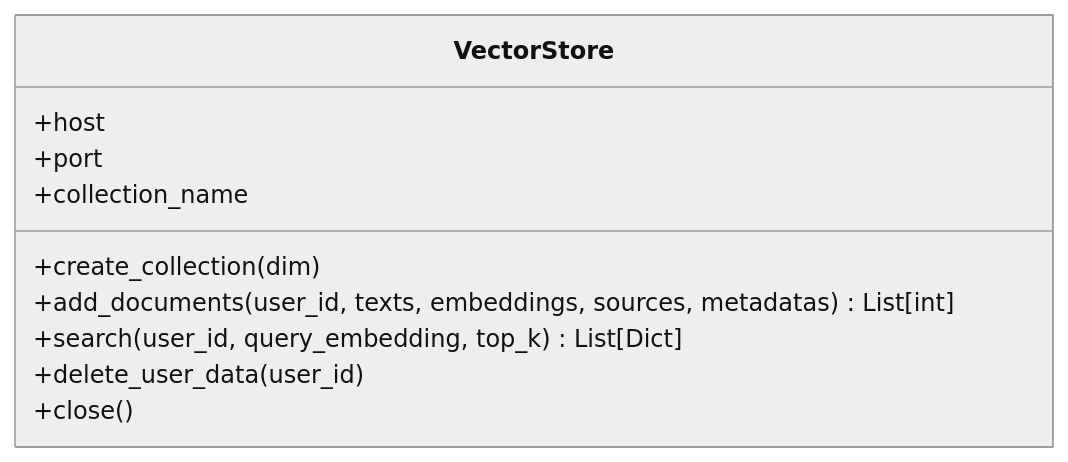
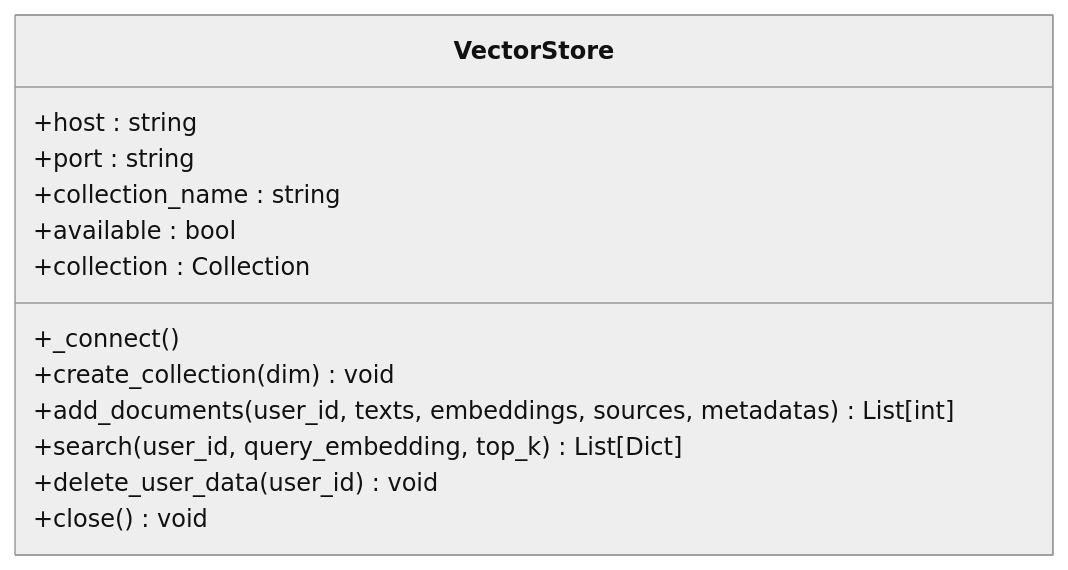
The fourth of 8 diagrams in .qoder/repowiki/zh/content/AI智能问答系统/AI智能问答系统.md (ghbbn053-ship-itsoulddog/soulddog), drawn with Mermaid (neutral theme) before and after one commit. The commit also changed other lines of this file and 12 other files, not shown here.

````diff
--- a/.qoder/repowiki/zh/content/AI智能问答系统/AI智能问答系统.md
+++ b/.qoder/repowiki/zh/content/AI智能问答系统/AI智能问答系统.md
@@ -162,13 +175,16 @@
 ```mermaid
 classDiagram
 class VectorStore {
-+host
-+port
-+collection_name
-+create_collection(dim)
++host : string
++port : string
++collection_name : string
++available : bool
++collection : Collection
++_connect()
++create_collection(dim) void
 +add_documents(user_id, texts, embeddings, sources, metadatas) List[int]
 +search(user_id, query_embedding, top_k) List[Dict]
-+delete_user_data(user_id)
-+close()
++delete_user_data(user_id) void
++close() void
 }
 ```
````
